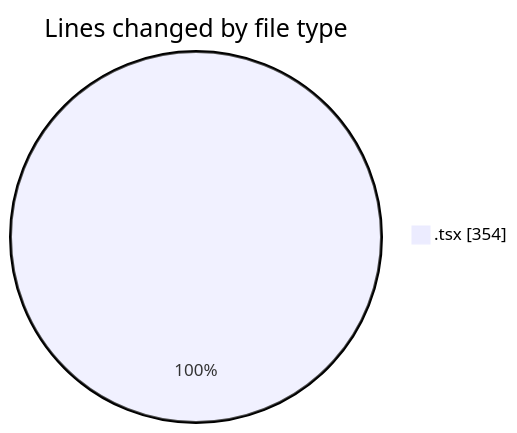
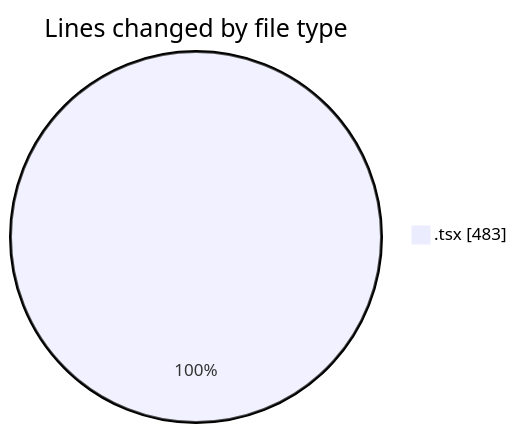
The first of 2 diagrams in 2025-02-12/cda/README.md (momahboobian/code-tracking), drawn with Mermaid before and after one commit. The commit also changed other lines of this file and 1 other file, not shown here.

````diff
--- a/2025-02-12/cda/README.md
+++ b/2025-02-12/cda/README.md
@@ -21,5 +21,5 @@
 ```mermaid
 pie showData
 title Lines changed by file type
-".tsx" : 354
+".tsx" : 483
 ```
````
